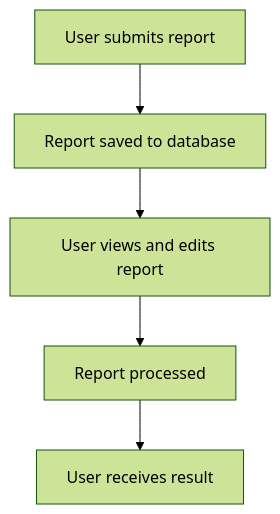
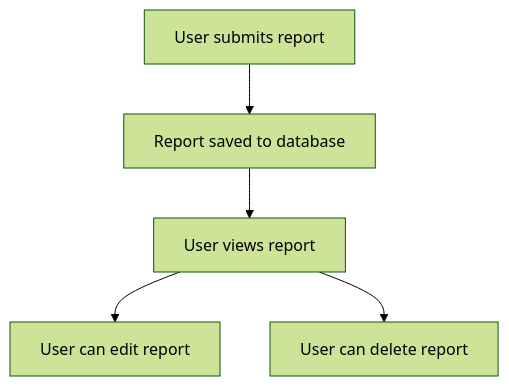
One commit to nawabysadaf/Community_Voice_Website changed the first of 2 diagrams in README.md. Above: the diagram before and after it, drawn with Mermaid (forest theme).

````diff
--- a/README.md
+++ b/README.md
@@ -23,14 +23,14 @@
 ```mermaid
 graph TD
 
   A[User submits report]
   B[Report saved to database]
-  C[User views and edits report]
-  D[Report processed]
-  E[User receives result]
+  C[User views report]
+  D[User can edit report]
+  E[User can delete report]
 
   A --> B
   B --> C
   C --> D
-  D --> E
+  C --> E
 ```
````
